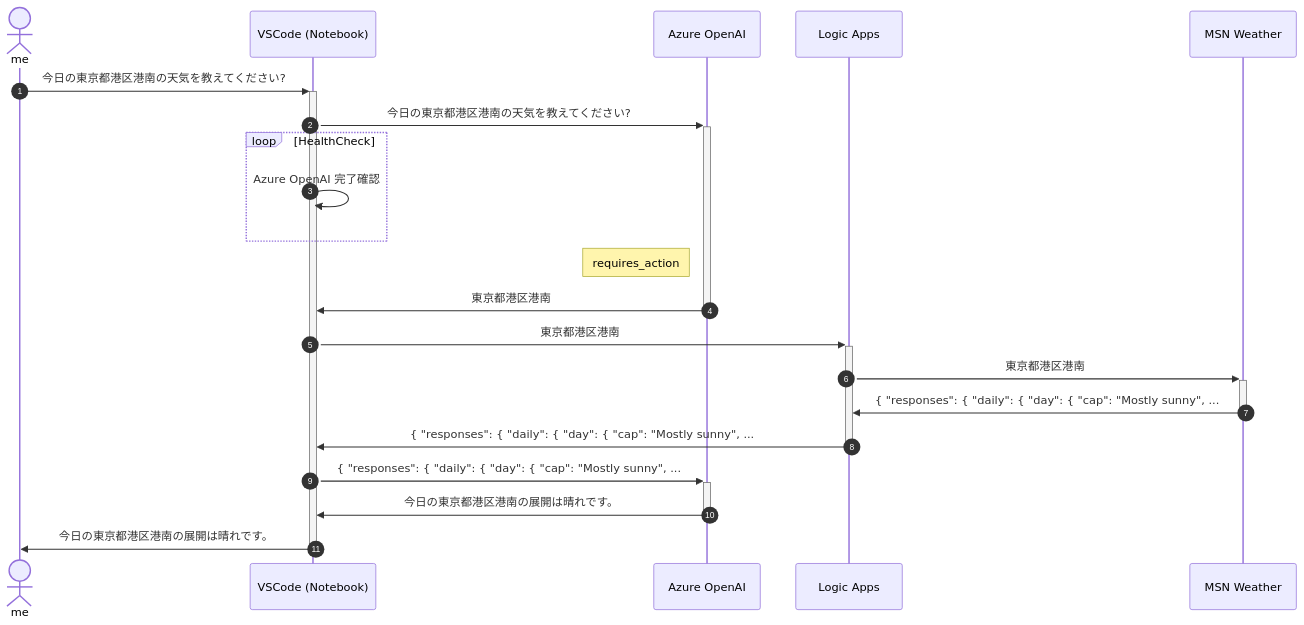
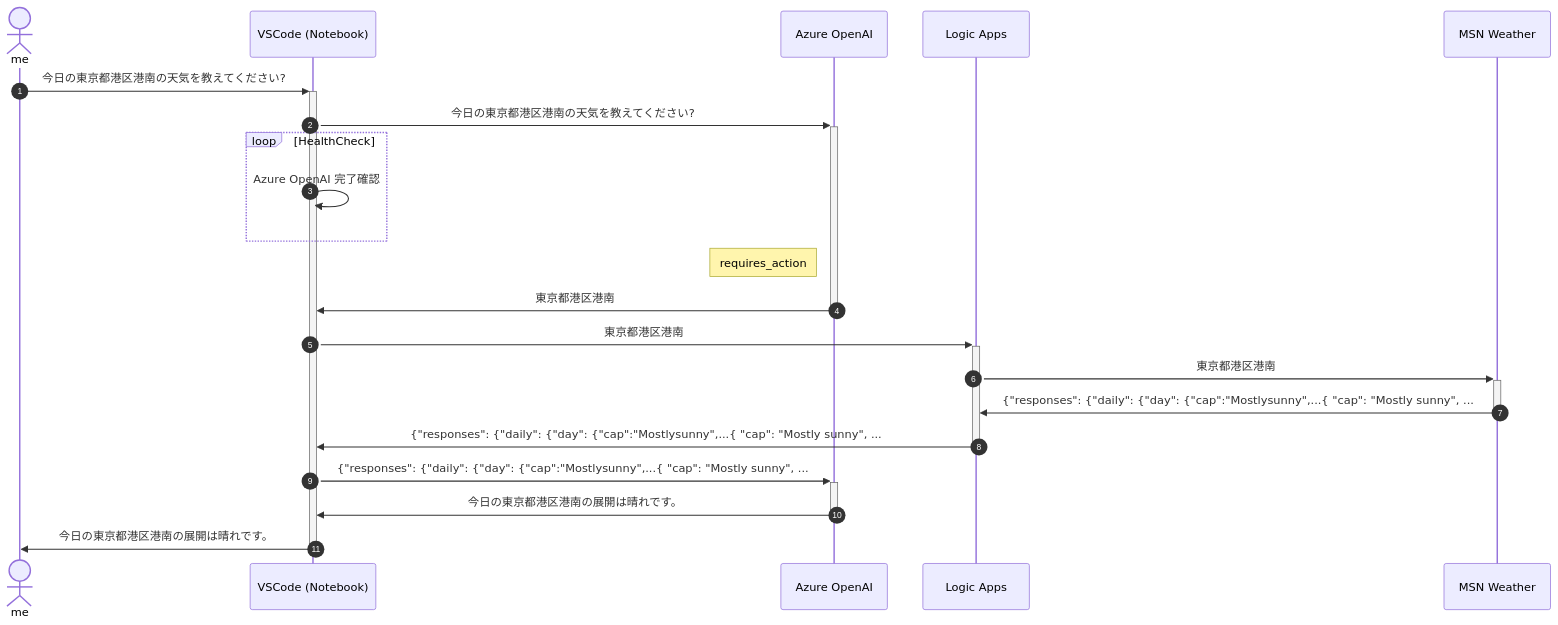
Before and after one commit to tsukashusan/assistants-api-sample-using-python: the diagram in docs/logic-apps.markdown, drawn with Mermaid.

````diff
--- a/docs/logic-apps.markdown
+++ b/docs/logic-apps.markdown
@@ -6,24 +6,24 @@
 ```mermaid
 sequenceDiagram
     autonumber
     actor me
     participant VSCode (Notebook)
     participant Azure OpenAI
     participant Logic Apps
     participant MSN Weather
     
     me ->> +VSCode (Notebook):  今日の東京都港区港南の天気を教えてください?
     VSCode (Notebook)->> +Azure OpenAI: 今日の東京都港区港南の天気を教えてください?
     loop HealthCheck
         VSCode (Notebook)->>VSCode (Notebook): Azure OpenAI 完了確認
     end
     Note left of Azure OpenAI: requires_action 
     Azure OpenAI->> -VSCode (Notebook): 東京都港区港南
     VSCode (Notebook)->>+Logic Apps: 東京都港区港南
     Logic Apps->>+MSN Weather: 東京都港区港南
-    MSN Weather->>-Logic Apps: {  "responses": {    "daily": {      "day": {        "cap": "Mostly sunny",   ...
-    Logic Apps->>-VSCode (Notebook): {  "responses": {    "daily": {      "day": {        "cap": "Mostly sunny",   ... 
-    VSCode (Notebook)->>+Azure OpenAI: {  "responses": {    "daily": {      "day": {        "cap": "Mostly sunny",   ...
+    MSN Weather->>-Logic Apps: {"responses": {"daily": {"day": {"cap":"Mostlysunny",...{        "cap": "Mostly sunny",   ...
+    Logic Apps->>-VSCode (Notebook): {"responses": {"daily": {"day": {"cap":"Mostlysunny",...{        "cap": "Mostly sunny",   ... 
+    VSCode (Notebook)->>+Azure OpenAI: {"responses": {"daily": {"day": {"cap":"Mostlysunny",...{        "cap": "Mostly sunny",   ...
     Azure OpenAI->>-VSCode (Notebook): 今日の東京都港区港南の展開は晴れです。 
     VSCode (Notebook)->>-me: 今日の東京都港区港南の展開は晴れです。
 ```
````
